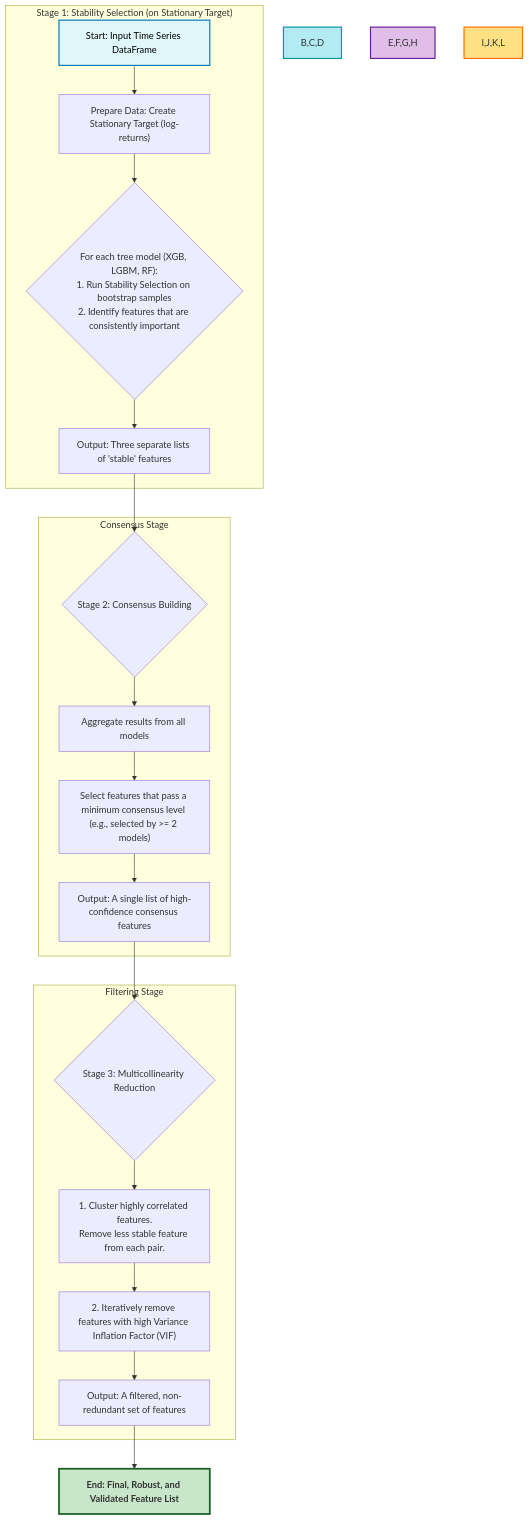
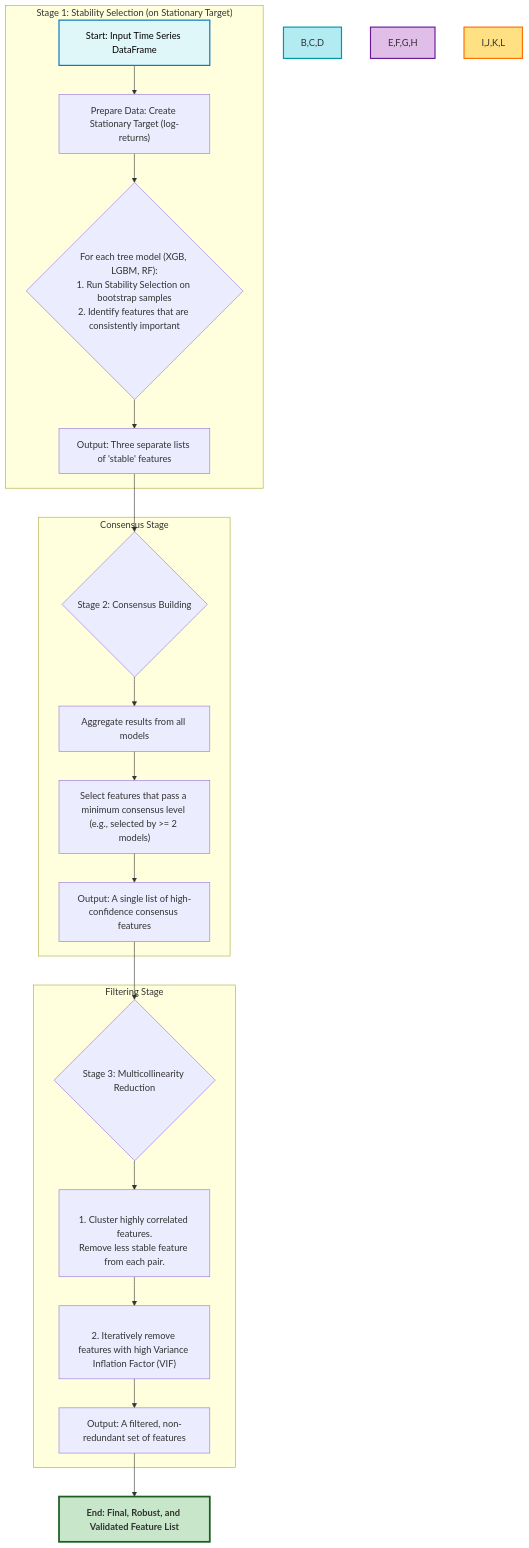
Before and after one commit to B1n-isme/Thesis_2: the diagram in src/pipelines/feature_selection_pipeline/feature_selection_diagram.mmd, drawn with Mermaid. The commit also changed 166 other files, not shown here.

```diff
--- a/src/pipelines/feature_selection_pipeline/feature_selection_diagram.mmd
+++ b/src/pipelines/feature_selection_pipeline/feature_selection_diagram.mmd
@@ -1,44 +1,42 @@
 graph TD
     subgraph "Stage 1: Stability Selection (on Stationary Target)"
         A["Start: Input Time Series DataFrame"] --> B["Prepare Data: Create Stationary Target (log-returns)"];
-        B --> C{"For each tree model (XGB, LGBM, RF):
-1. Run Stability Selection on bootstrap samples
-2. Identify features that are consistently important"};
+        B --> C{"For each tree model (XGB, LGBM, RF):<br>1. Run Stability Selection on bootstrap samples<br>2. Identify features that are consistently important"}
         C --> D["Output: Three separate lists of 'stable' features"];
     end
 
     D --> E{"Stage 2: Consensus Building"};
     subgraph "Consensus Stage"
         E --> F["Aggregate results from all models"];
         F --> G["Select features that pass a minimum consensus level (e.g., selected by >= 2 models)"];
         G --> H["Output: A single list of high-confidence consensus features"];
     end
 
     H --> I{"Stage 3: Multicollinearity Reduction"};
     subgraph "Filtering Stage"
-        I --> J["1. Cluster highly correlated features.
+        I --> J["<br>1. Cluster highly correlated features.
 Remove less stable feature from each pair."];
-        J --> K["2. Iteratively remove features with high Variance Inflation Factor (VIF)"];
+        J --> K["<br>2. Iteratively remove features with high Variance Inflation Factor (VIF)"];
         K --> L["Output: A filtered, non-redundant set of features"];
     end
 
     %% L --> M{"Stage 4: Final Validation (on Original Target)"};
     %% subgraph "Validation Stage"
     %%     M --> N["Train a final model (LGBM) with the filtered features on the original, non-stationary data"];
     %%     N --> O["Calculate Permutation Feature Importance (PFI) on a hold-out validation set"];
     %%     O --> P["Keep only features with positive PFI scores (i.e., features that are genuinely predictive)"];
     %% end
 
     L --> M["End: Final, Robust, and Validated Feature List"];
 
     %% Styles
     style A fill:#e0f7fa,stroke:#0277bd,stroke-width:2px,color:#000
     style B,C,D fill:#b2ebf2,stroke:#0097a7,stroke-width:2px
     
     style E,F,G,H fill:#e1bee7,stroke:#6a1b9a,stroke-width:2px
 
     style I,J,K,L fill:#ffe082,stroke:#ff6f00,stroke-width:2px
 
     %% style M,N,O,P fill:#d7ccc8,stroke:#3e2723,stroke-width:2px
     
     style M fill:#c8e6c9,stroke:#1b5e20,stroke-width:3px,font-weight:bold
```
